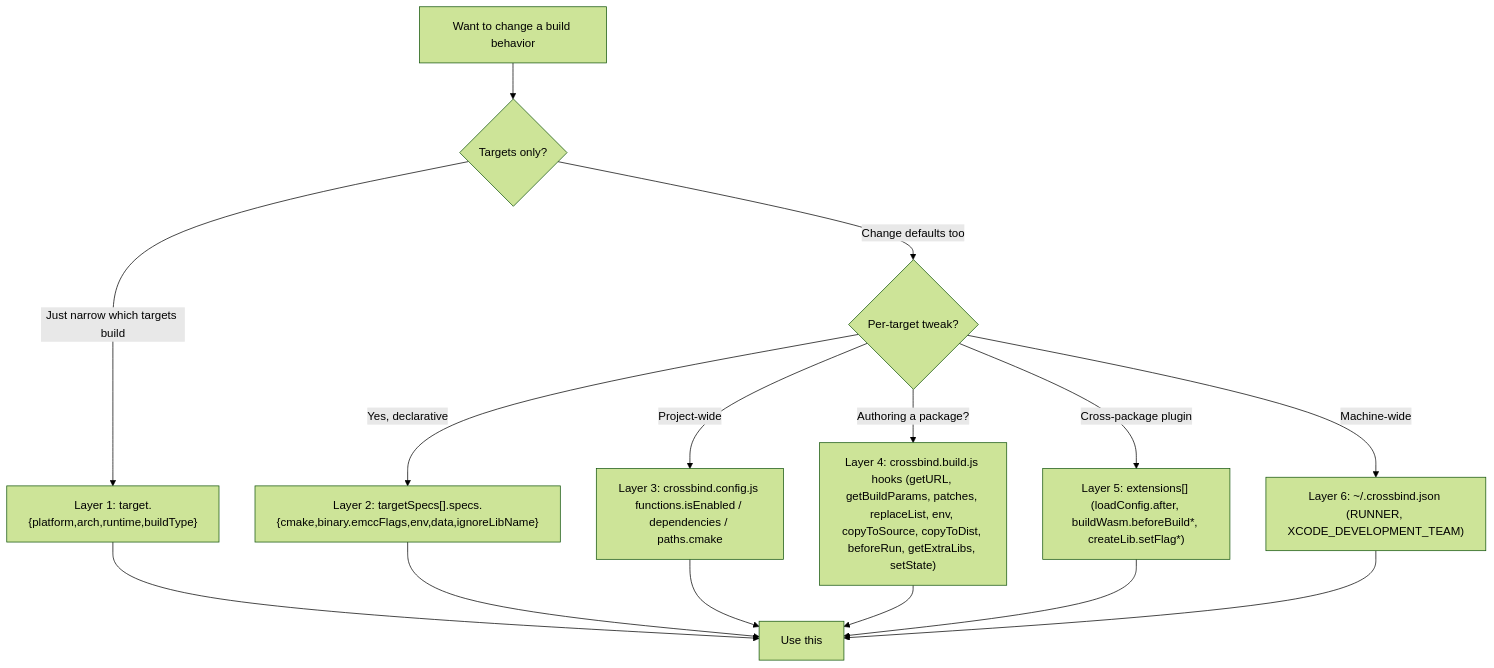
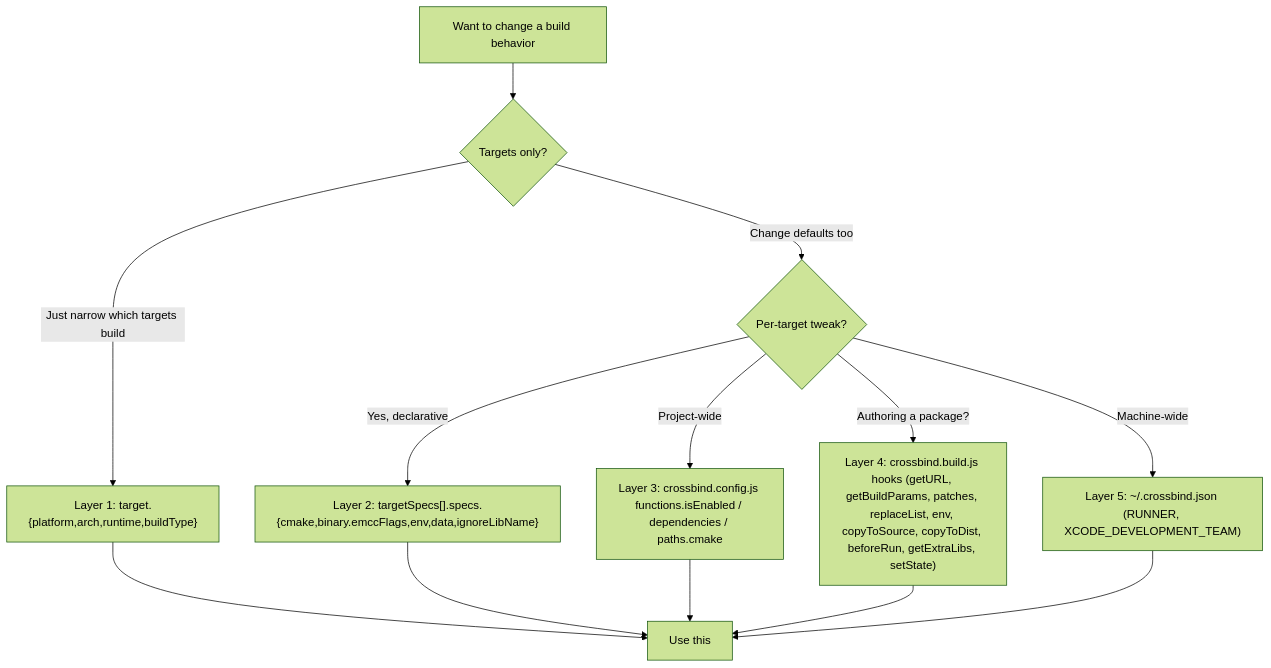
The second of 3 diagrams in docs/ARCHITECTURE.md (crossbind/crossbind), drawn with Mermaid (forest theme) before and after one commit. The commit also changed 57 other files, not shown here.

First line of the commit message:
feat(crossbind)!: app extensions in crossbind.config.js

````diff
--- a/docs/ARCHITECTURE.md
+++ b/docs/ARCHITECTURE.md
@@ -139,17 +139,15 @@
 ```mermaid
 flowchart TD
     Q["Want to change a build behavior"] --> Filter{"Targets only?"}
     Filter -->|"Just narrow which targets build"| L1["Layer 1: target.{platform,arch,runtime,buildType}"]
     Filter -->|"Change defaults too"| Spec{"Per-target tweak?"}
     Spec -->|"Yes, declarative"| L2["Layer 2: targetSpecs[].specs.{cmake,binary.emccFlags,env,data,ignoreLibName}"]
     Spec -->|"Project-wide"| L3a["Layer 3: crossbind.config.js functions.isEnabled / dependencies / paths.cmake"]
     Spec -->|"Authoring a package?"| L4["Layer 4: crossbind.build.js hooks (getURL, getBuildParams, patches, replaceList, env, copyToSource, copyToDist, beforeRun, getExtraLibs, setState)"]
-    Spec -->|"Cross-package plugin"| L5["Layer 5: extensions[] (loadConfig.after, buildWasm.beforeBuild*, createLib.setFlag*)"]
-    Spec -->|"Machine-wide"| L6["Layer 6: ~/.crossbind.json (RUNNER, XCODE_DEVELOPMENT_TEAM)"]
+    Spec -->|"Machine-wide"| L5["Layer 5: ~/.crossbind.json (RUNNER, XCODE_DEVELOPMENT_TEAM)"]
     L1 --> Done[Use this]
     L2 --> Done
     L3a --> Done
     L4 --> Done
     L5 --> Done
-    L6 --> Done
 ```
````
